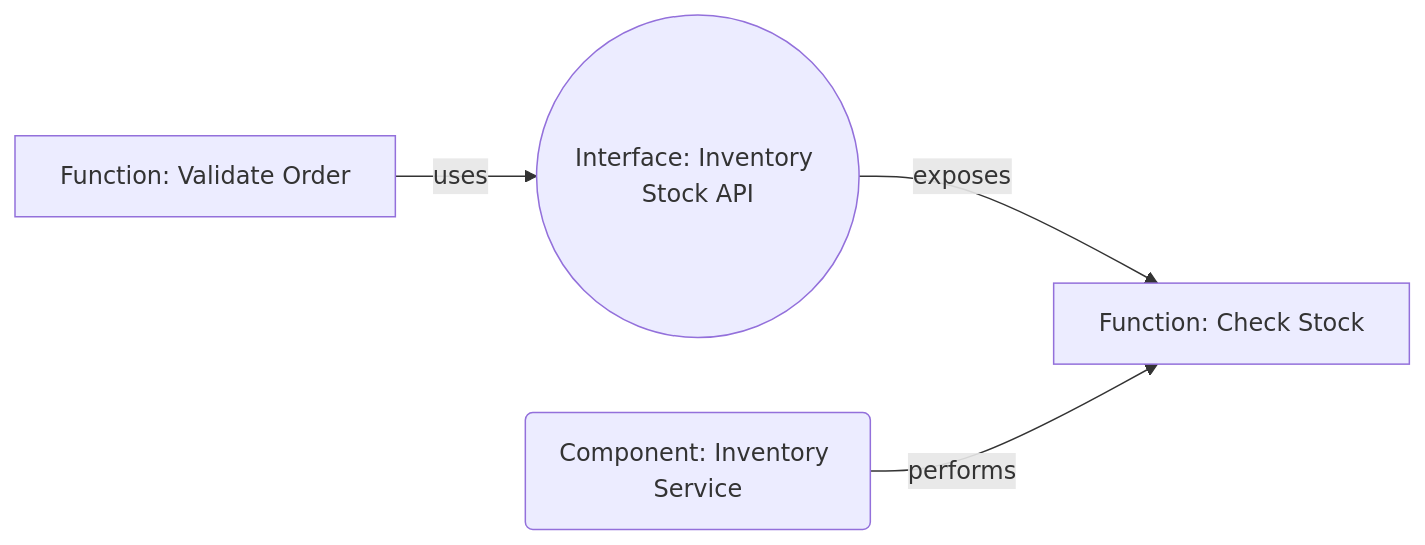
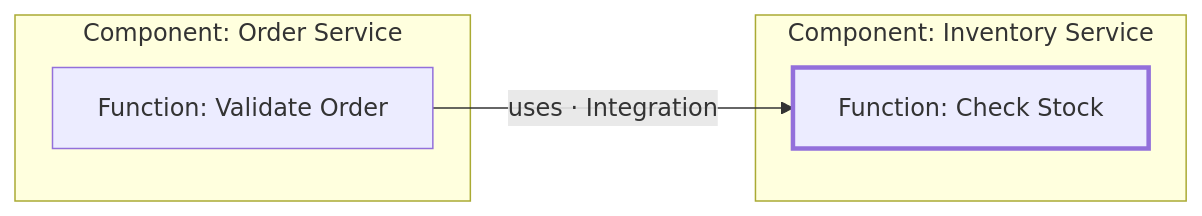
Before and after one commit to mykhailo-kulish/contour: the seventh of 7 diagrams in contour.md, drawn with Mermaid. The commit also changed other lines of this file, not shown here.

First line of the commit message:
Draft Contour v0.4: fold Interface into Function and Component contracts

````diff
--- a/contour.md
+++ b/contour.md
@@ -662,6 +923,11 @@
 ```mermaid
 graph LR
-    ValidateOrder[Function: Validate Order] -->|uses| StockIf(("Interface: Inventory Stock API"))
-    StockIf -->|exposes| CheckStock[Function: Check Stock]
-    Inventory(Component: Inventory Service) -->|performs| CheckStock
+    subgraph OrderSvc [Component: Order Service]
+        ValidateOrder[Function: Validate Order]
+    end
+    subgraph Inventory [Component: Inventory Service]
+        CheckStock[Function: Check Stock]:::ext
+    end
+    ValidateOrder -->|uses · Integration| CheckStock
+    classDef ext stroke-width:3px
 ```
````
